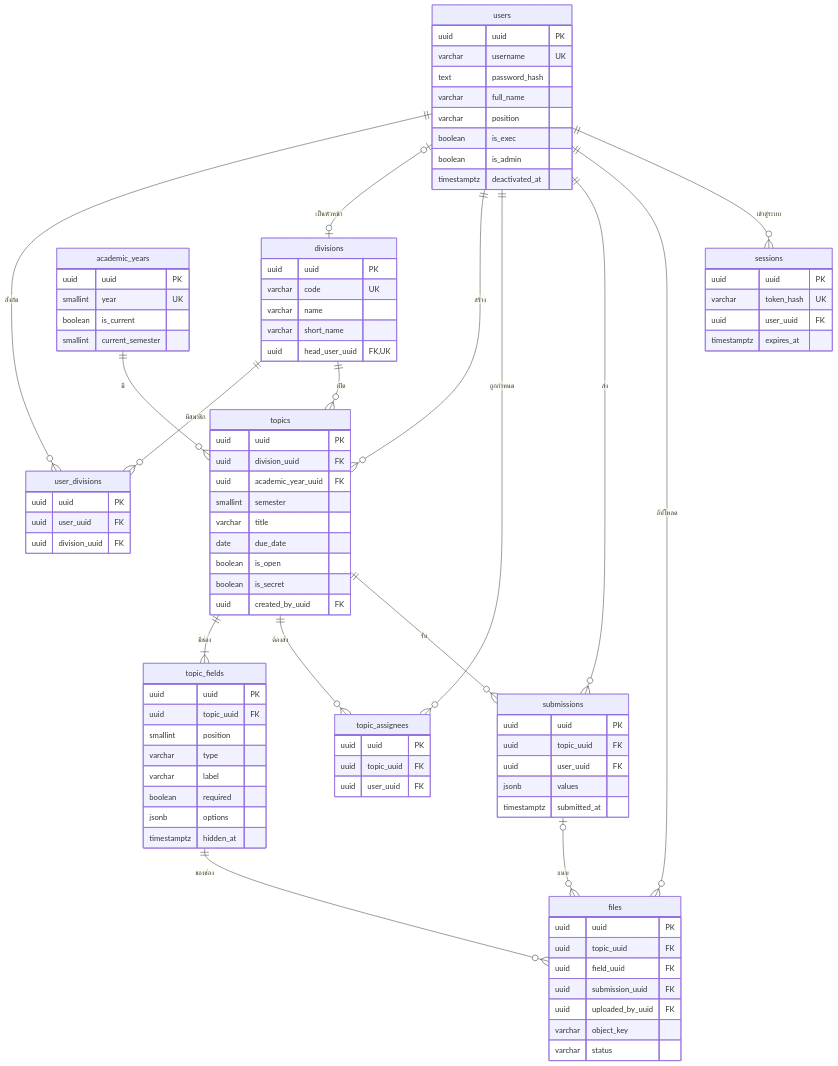
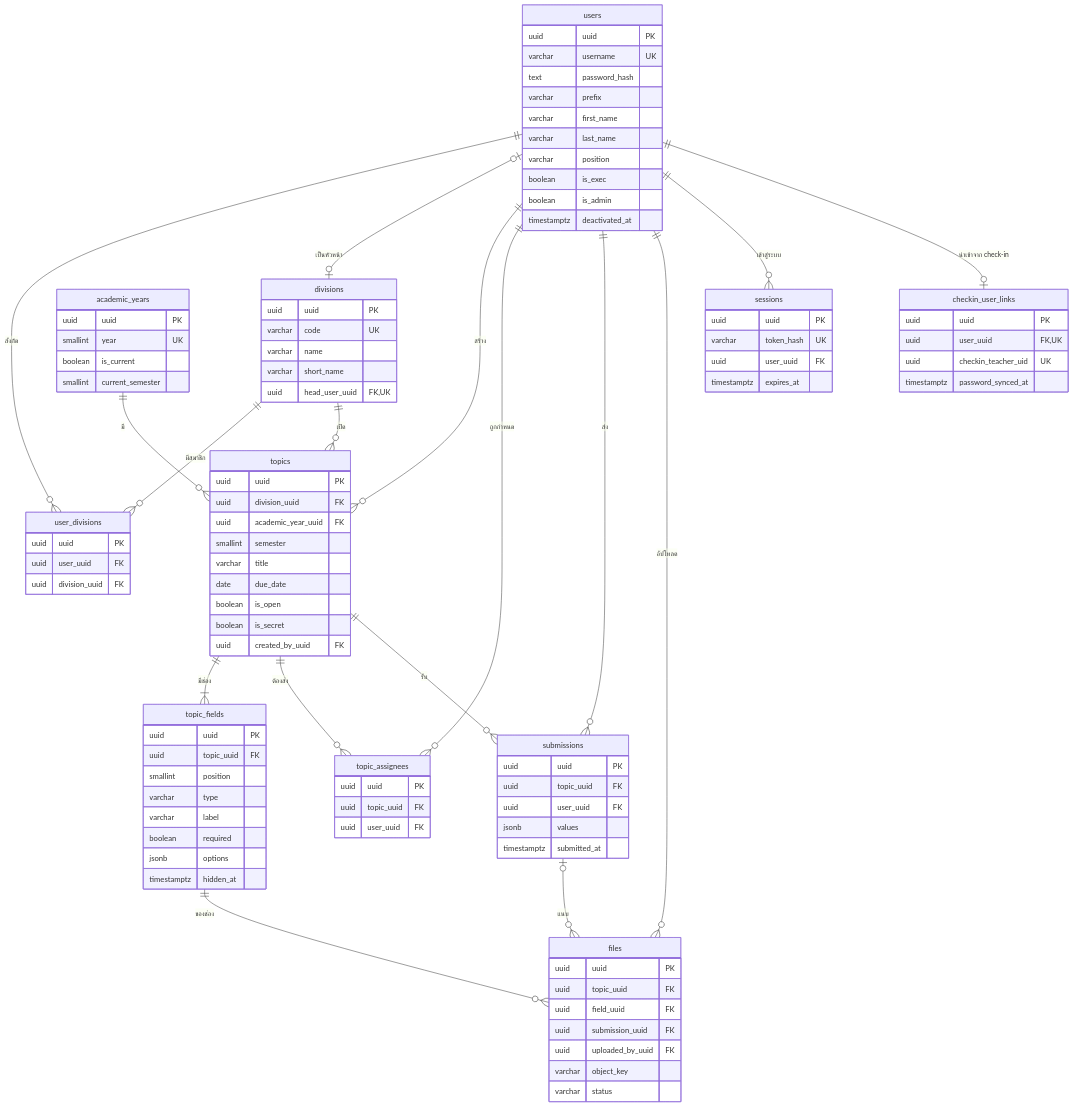
Before and after one commit to FhLk/SDMS-Backend: the diagram in sdms-database.md, drawn with Mermaid. The commit also changed other lines of this file and 36 other files, not shown here.

````diff
--- a/sdms-database.md
+++ b/sdms-database.md
@@ -46,11 +48,14 @@
   topic_fields ||--o{ files : "ของช่อง"
   users ||--o{ files : "อัปโหลด"
   users ||--o{ sessions : "เข้าสู่ระบบ"
+  users ||--o| checkin_user_links : "นำเข้าจาก check-in"
   users {
     uuid uuid PK
     varchar username UK
     text password_hash
-    varchar full_name
+    varchar prefix
+    varchar first_name
+    varchar last_name
     varchar position
     boolean is_exec
     boolean is_admin
@@ -122,4 +127,10 @@
     varchar object_key
     varchar status
   }
+  checkin_user_links {
+    uuid uuid PK
+    uuid user_uuid FK,UK
+    uuid checkin_teacher_uid UK
+    timestamptz password_synced_at
+  }
 ```
````
